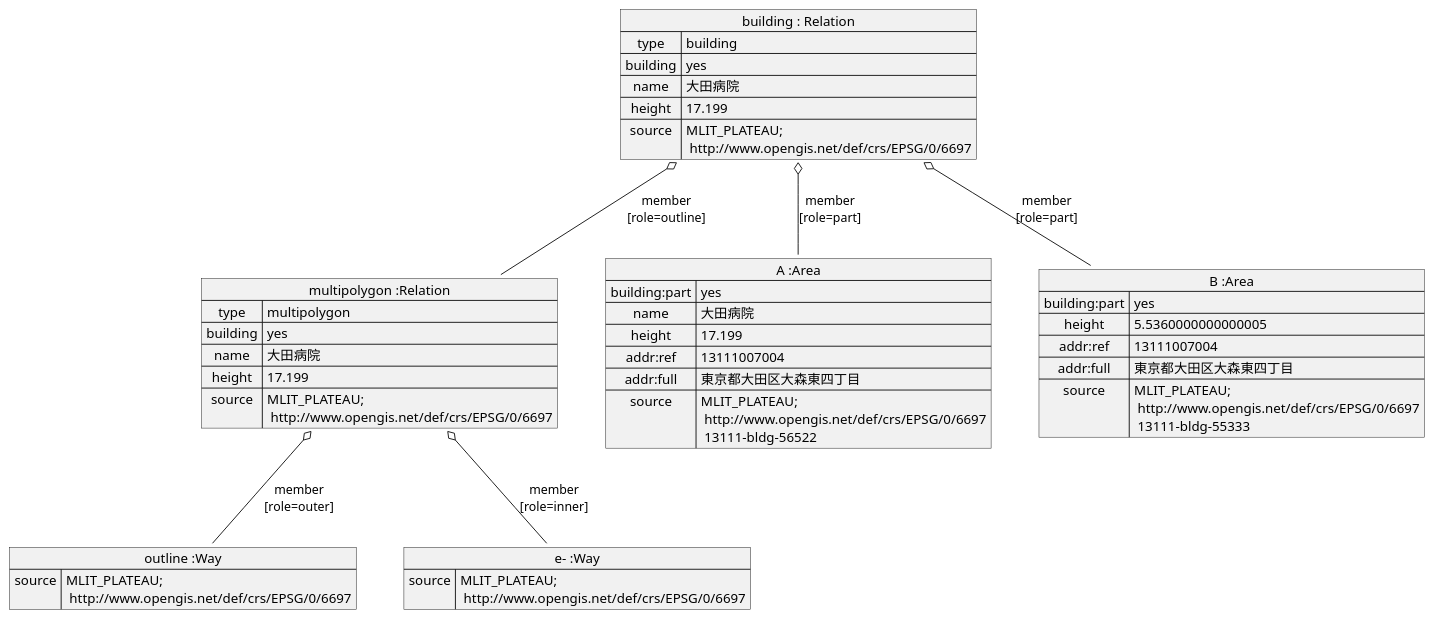
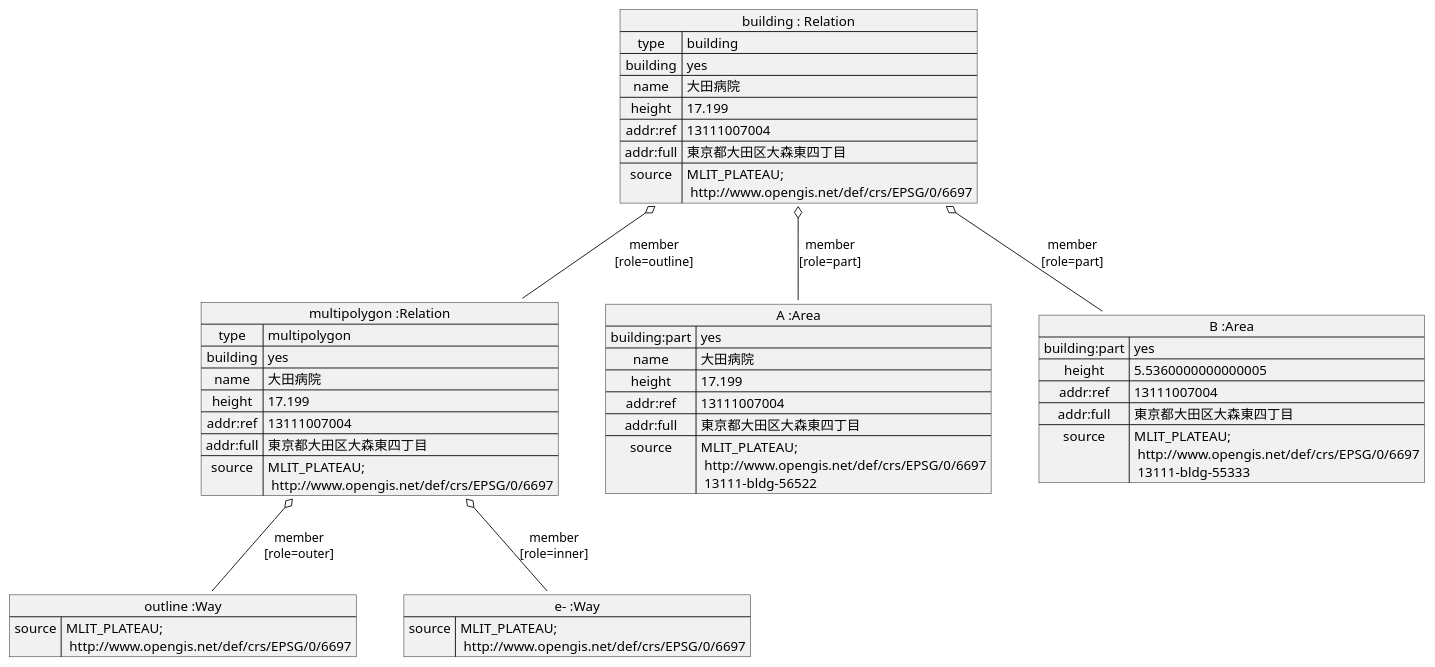
Before and after one commit to yuuhayashi/citygml-osm: the diagram in doc/building/sample-e-osm.pu, drawn with PlantUML. The commit also changed 26 other files, not shown here.

```diff
--- a/doc/building/sample-e-osm.pu
+++ b/doc/building/sample-e-osm.pu
@@ -1,48 +1,52 @@
 @startuml
 map "building : Relation" as building {
  type => building
  building => yes
  name => 大田病院
  height => 17.199
+ addr:ref => 13111007004
+ addr:full => 東京都大田区大森東四丁目
  source => MLIT_PLATEAU;\n http://www.opengis.net/def/crs/EPSG/0/6697
 }
 
 map "multipolygon :Relation" as multipolygon {
  type => multipolygon
  building => yes
  name => 大田病院
  height => 17.199
+ addr:ref => 13111007004
+ addr:full => 東京都大田区大森東四丁目
  source => MLIT_PLATEAU;\n http://www.opengis.net/def/crs/EPSG/0/6697
 }
 
 map "outline :Way" as outer {
  source => MLIT_PLATEAU;\n http://www.opengis.net/def/crs/EPSG/0/6697
 }
 
 map "e- :Way" as e {
  source => MLIT_PLATEAU;\n http://www.opengis.net/def/crs/EPSG/0/6697
 }
 
 map "A :Area" as A {
  building:part => yes
  name => 大田病院
  height => 17.199
  addr:ref => 13111007004
  addr:full => 東京都大田区大森東四丁目
  source => MLIT_PLATEAU;\n http://www.opengis.net/def/crs/EPSG/0/6697\n 13111-bldg-56522
 }
 map "B :Area" as B {
  building:part => yes
  height => 5.5360000000000005
  addr:ref => 13111007004
  addr:full => 東京都大田区大森東四丁目
  source => MLIT_PLATEAU;\n http://www.opengis.net/def/crs/EPSG/0/6697\n 13111-bldg-55333
 }
 
 building o-- multipolygon : member\n[role=outline]
 building o-- A : member\n[role=part]
 building o-- B : member\n[role=part]
 
 multipolygon  o-- outer : member\n[role=outer]
 multipolygon  o-- e : member\n[role=inner]
 @enduml
```
